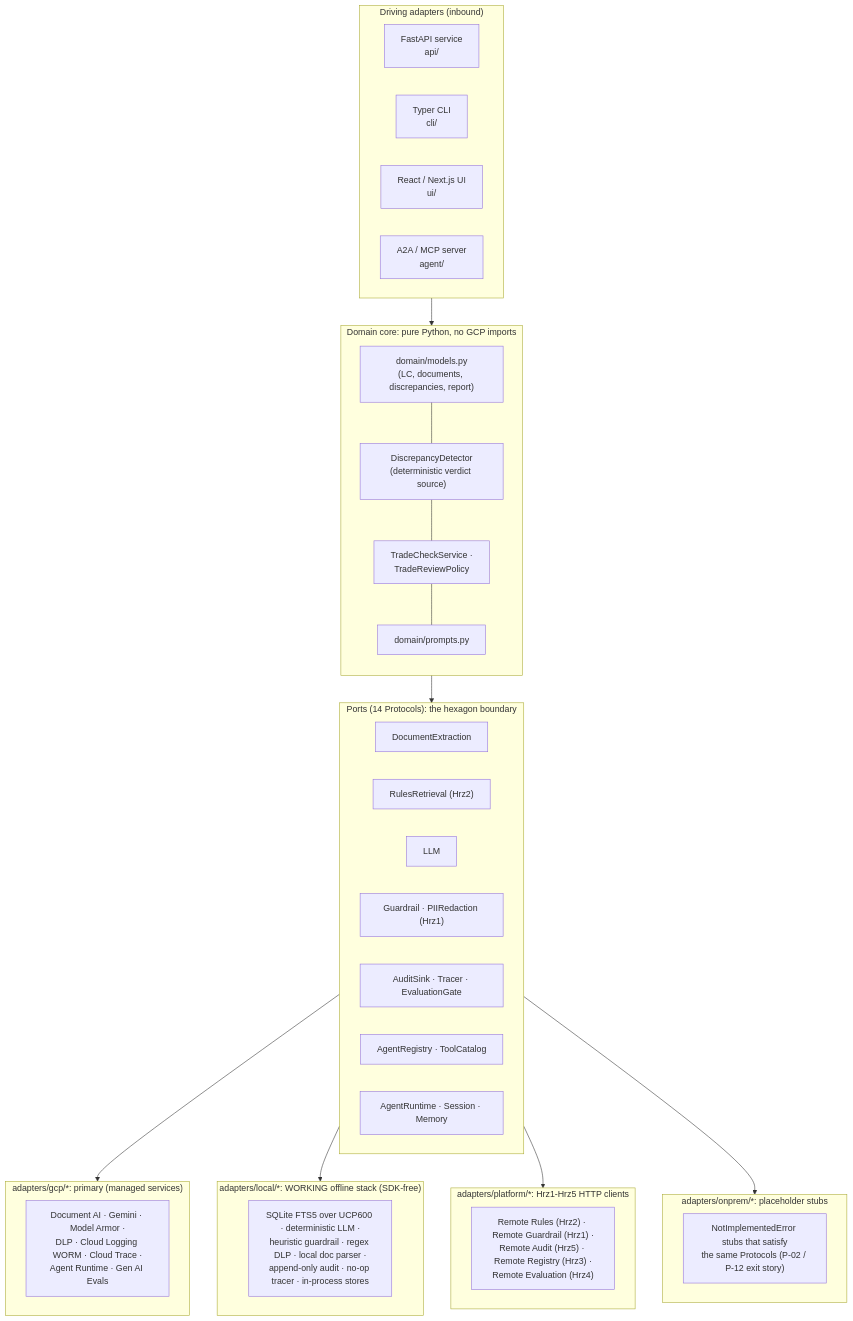
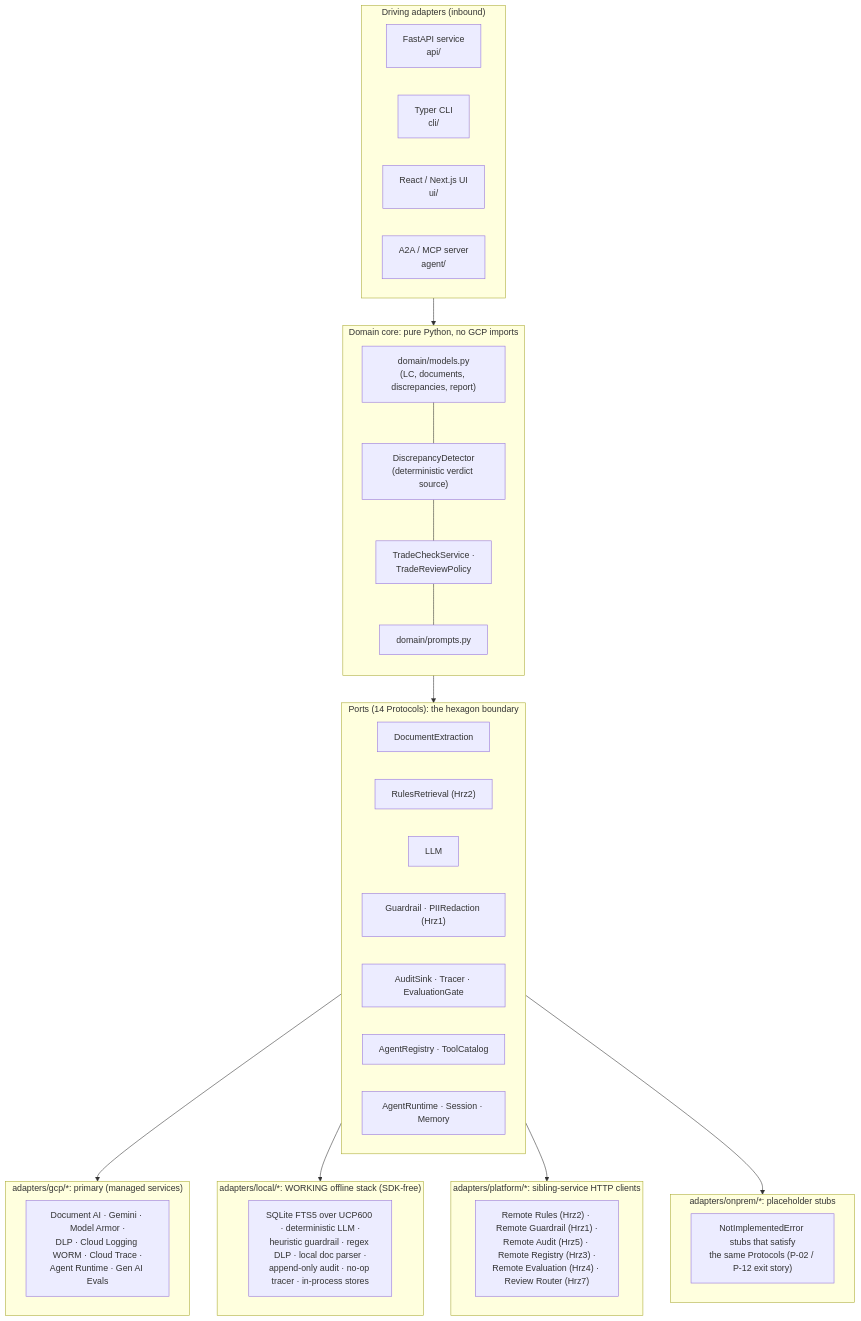
Before and after one commit to portable-genai/trade-finance-checker: the first of 3 diagrams in README.md, drawn with Mermaid. The commit also changed other lines of this file and 3 other files, not shown here.

````diff
--- a/README.md
+++ b/README.md
@@ -59,48 +59,48 @@
 ```mermaid
 flowchart TB
     subgraph edges["Driving adapters (inbound)"]
         API["FastAPI service<br/>api/"]
         CLI["Typer CLI<br/>cli/"]
         UI["React / Next.js UI<br/>ui/"]
         A2A["A2A / MCP server<br/>agent/"]
     end
 
     subgraph core["Domain core: pure Python, no GCP imports"]
         direction TB
         MODELS["domain/models.py<br/>(LC, documents, discrepancies, report)"]
         DET["DiscrepancyDetector<br/>(deterministic verdict source)"]
         SVCS["TradeCheckService ·<br/>TradeReviewPolicy"]
         PROMPTS["domain/prompts.py"]
         MODELS --- DET --- SVCS --- PROMPTS
     end
 
     subgraph ports["Ports (14 Protocols): the hexagon boundary"]
         P1["DocumentExtraction"]
         P2["RulesRetrieval (Hrz2)"]
         P3["LLM"]
         P4["Guardrail · PIIRedaction (Hrz1)"]
         P5["AuditSink · Tracer · EvaluationGate"]
         P6["AgentRegistry · ToolCatalog"]
         P7["AgentRuntime · Session · Memory"]
     end
 
     subgraph gcp["adapters/gcp/*: primary (managed services)"]
         G["Document AI · Gemini · Model Armor ·<br/>DLP · Cloud Logging WORM · Cloud Trace ·<br/>Agent Runtime · Gen AI Evals"]
     end
     subgraph loc["adapters/local/*: WORKING offline stack (SDK-free)"]
         LO["SQLite FTS5 over UCP600 · deterministic LLM ·<br/>heuristic guardrail · regex DLP · local doc parser ·<br/>append-only audit · no-op tracer · in-process stores"]
     end
-    subgraph plat["adapters/platform/*: Hrz1-Hrz5 HTTP clients"]
-        PL["Remote Rules (Hrz2) · Remote Guardrail (Hrz1) ·<br/>Remote Audit (Hrz5) · Remote Registry (Hrz3) ·<br/>Remote Evaluation (Hrz4)"]
+    subgraph plat["adapters/platform/*: sibling-service HTTP clients"]
+        PL["Remote Rules (Hrz2) · Remote Guardrail (Hrz1) ·<br/>Remote Audit (Hrz5) · Remote Registry (Hrz3) ·<br/>Remote Evaluation (Hrz4) · Review Router (Hrz7)"]
     end
     subgraph onp["adapters/onprem/*: placeholder stubs"]
         ON["NotImplementedError stubs that satisfy<br/>the same Protocols (P-02 / P-12 exit story)"]
     end
 
     edges --> core
     core --> ports
     ports --> gcp
     ports --> loc
     ports --> plat
     ports --> onp
 ```
````
